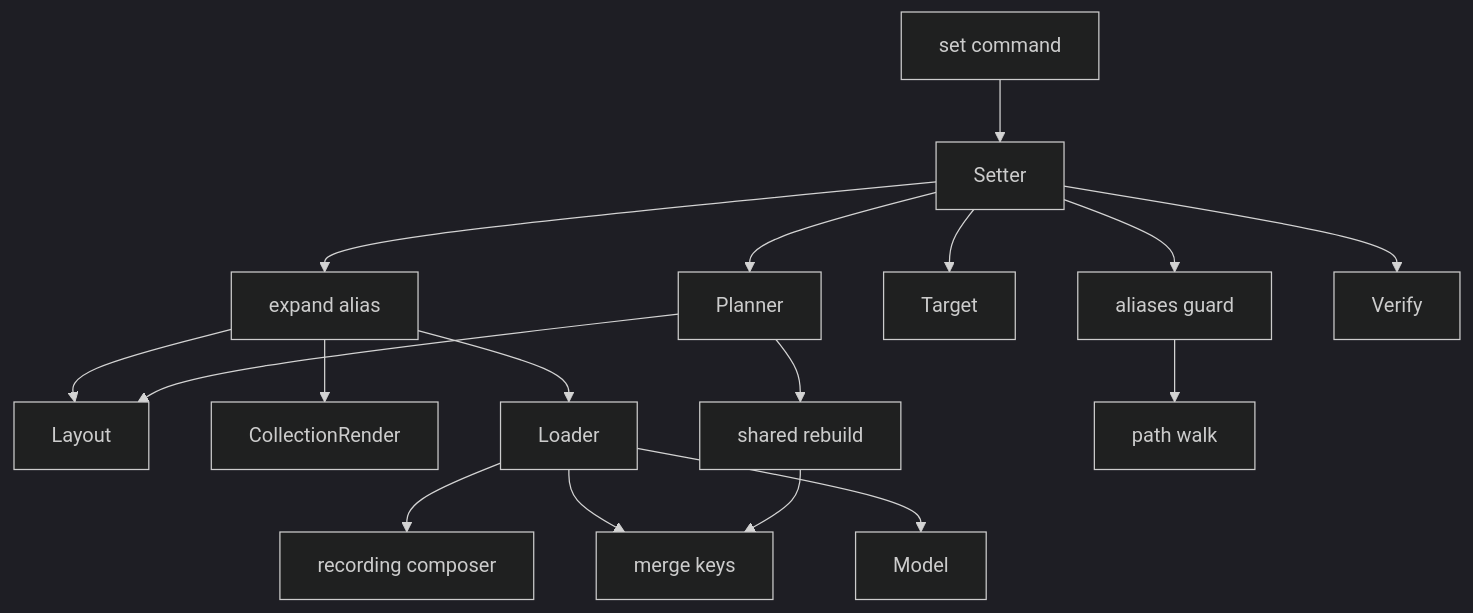
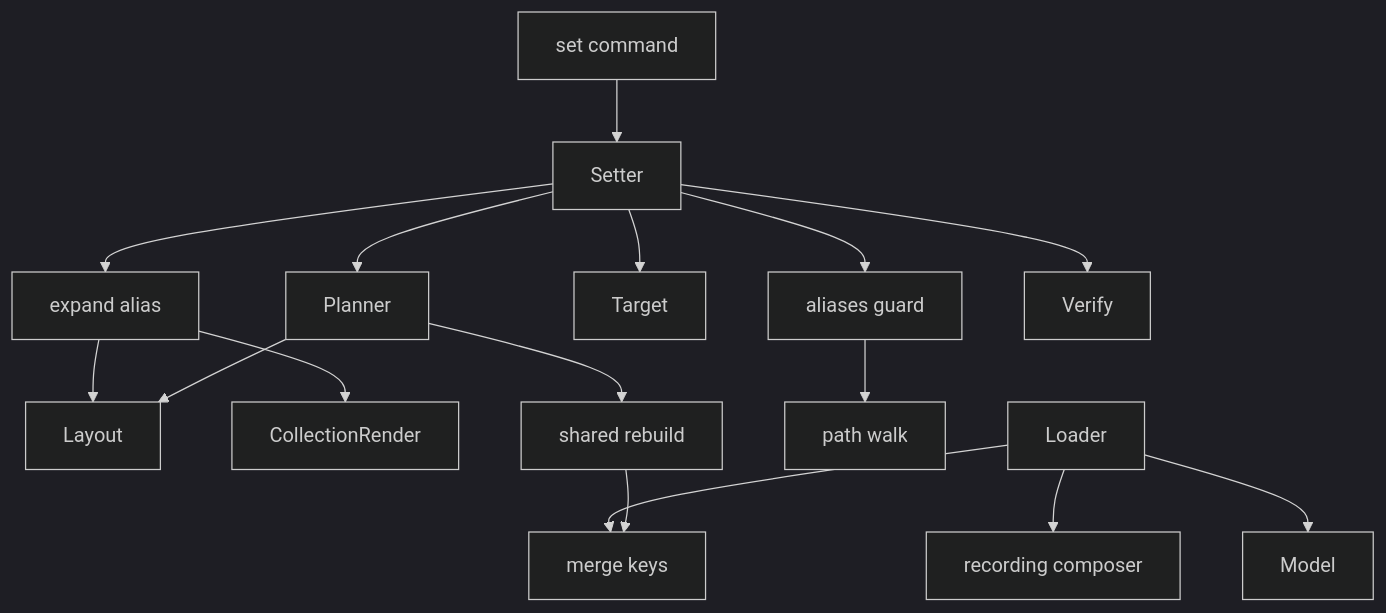
The first of 3 diagrams in .kiro/specs/config-aliases/design.md (troupe-run/bakeoff-specs-ccsdd-pass1), drawn with Mermaid (dark theme) before and after one commit. The commit also changed other lines of this file and 3 other files, not shown here.

````diff
--- a/.kiro/specs/config-aliases/design.md
+++ b/.kiro/specs/config-aliases/design.md
@@ -81,19 +81,18 @@
 ```mermaid
 graph TB
     CLI[set command] --> Setter
     Setter --> Guard[aliases guard]
     Setter --> Expand[expand alias]
     Setter --> Target
     Setter --> Planner
     Setter --> Verify
     Expand --> Layout
     Expand --> CollectionRender
-    Expand --> Loader
     Planner --> Layout
     Planner --> Shared[shared rebuild]
     Guard --> Resolve[path walk]
     Loader --> Compose[recording composer]
     Loader --> MergeKeys[merge keys]
     Loader --> Model
     Shared --> MergeKeys
 ```
````
